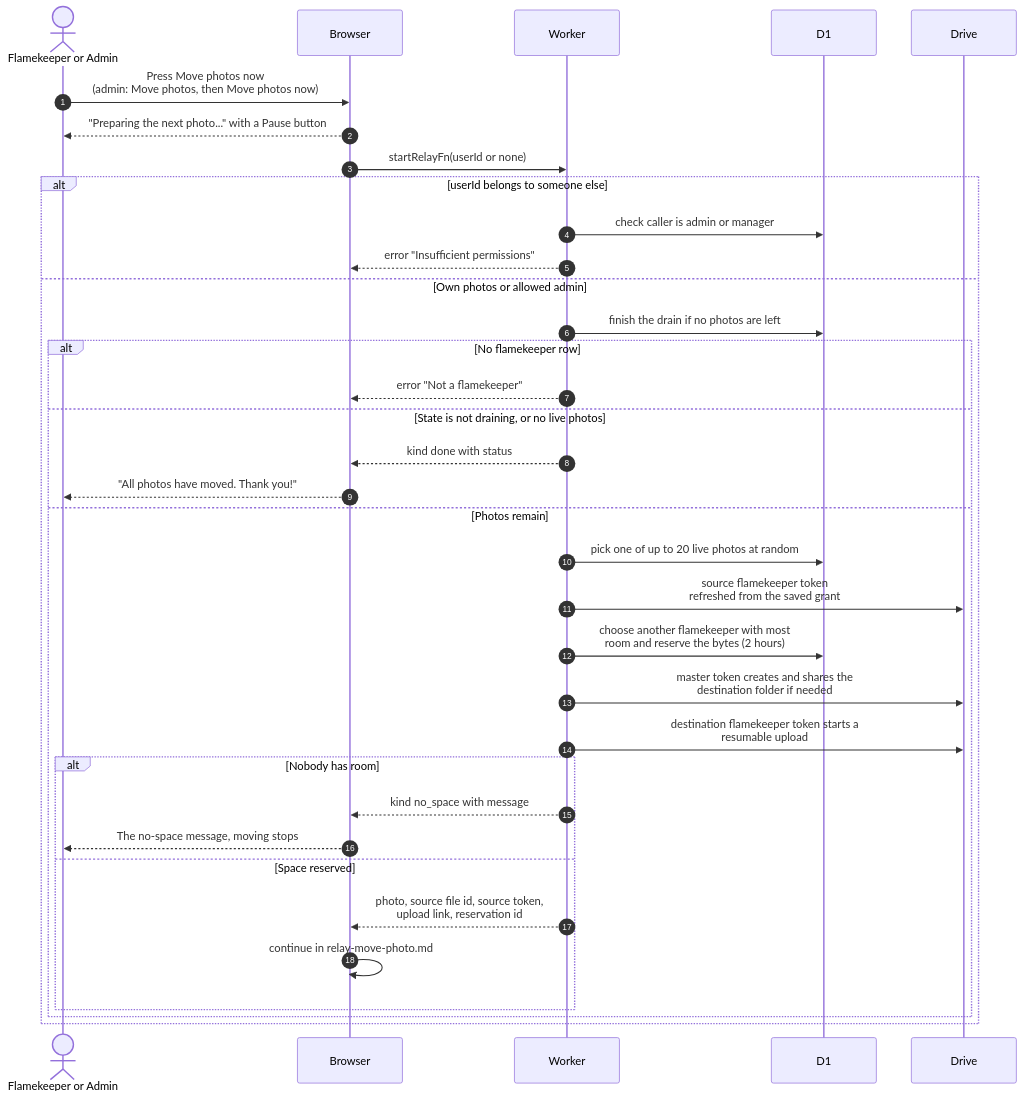
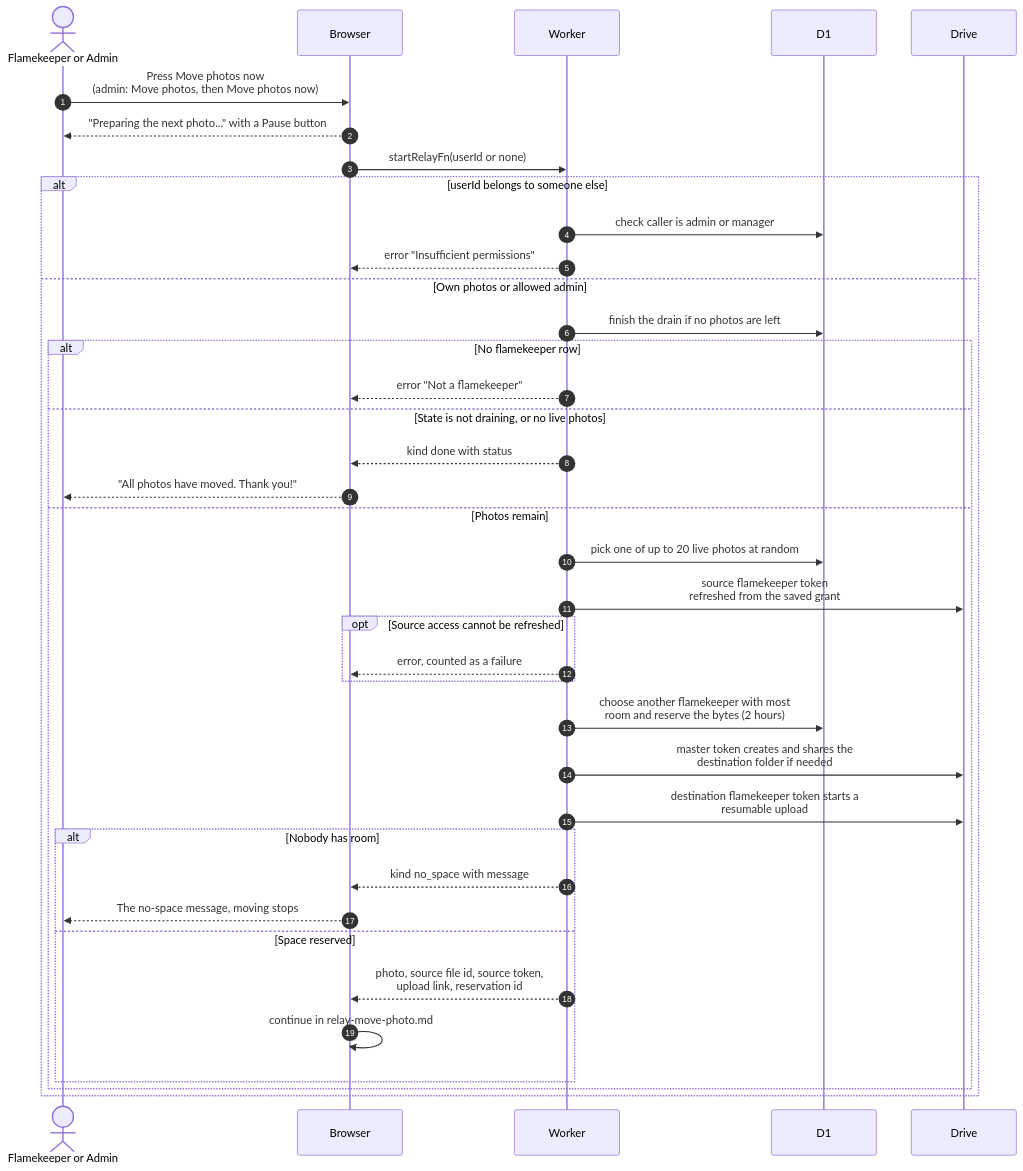
The diagram in docs/scenarios/flamekeepers/relay-hand-out.md (sagyzdop/meriksirat), drawn with Mermaid before and after one commit. The commit also changed other lines of this file and 12 other files, not shown here.

Commit message:
docs(scenarios): verify flamekeepers diagrams against the code

````diff
--- a/docs/scenarios/flamekeepers/relay-hand-out.md
+++ b/docs/scenarios/flamekeepers/relay-hand-out.md
@@ -27,37 +31,40 @@
 ```mermaid
 sequenceDiagram
     autonumber
     actor P as Flamekeeper or Admin
     participant Browser
     participant Worker
     participant D1
     participant Drive
     P->>Browser: Press Move photos now<br/>(admin: Move photos, then Move photos now)
     Browser-->>P: "Preparing the next photo..." with a Pause button
     Browser->>Worker: startRelayFn(userId or none)
     alt userId belongs to someone else
         Worker->>D1: check caller is admin or manager
         Worker-->>Browser: error "Insufficient permissions"
     else Own photos or allowed admin
         Worker->>D1: finish the drain if no photos are left
         alt No flamekeeper row
             Worker-->>Browser: error "Not a flamekeeper"
         else State is not draining, or no live photos
             Worker-->>Browser: kind done with status
             Browser-->>P: "All photos have moved. Thank you!"
         else Photos remain
             Worker->>D1: pick one of up to 20 live photos at random
             Worker->>Drive: source flamekeeper token<br/>refreshed from the saved grant
+            opt Source access cannot be refreshed
+                Worker-->>Browser: error, counted as a failure
+            end
             Worker->>D1: choose another flamekeeper with most<br/>room and reserve the bytes (2 hours)
             Worker->>Drive: master token creates and shares the<br/>destination folder if needed
             Worker->>Drive: destination flamekeeper token starts a<br/>resumable upload
             alt Nobody has room
                 Worker-->>Browser: kind no_space with message
                 Browser-->>P: The no-space message, moving stops
             else Space reserved
                 Worker-->>Browser: photo, source file id, source token,<br/>upload link, reservation id
                 Browser->>Browser: continue in relay-move-photo.md
             end
         end
     end
 ```
````
